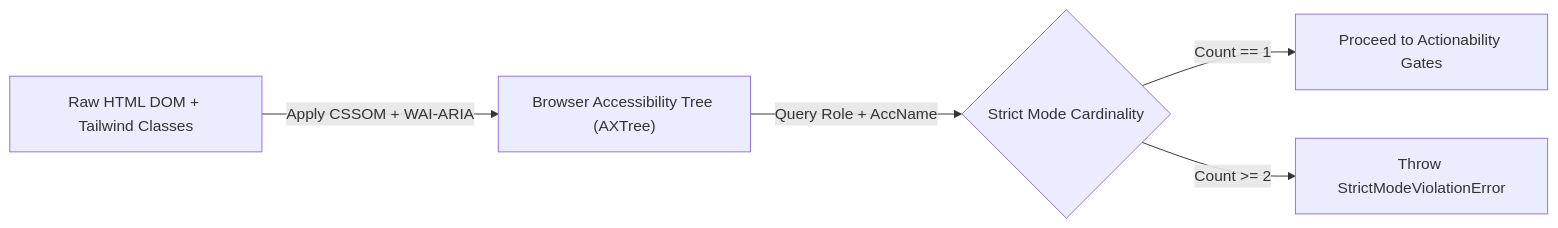
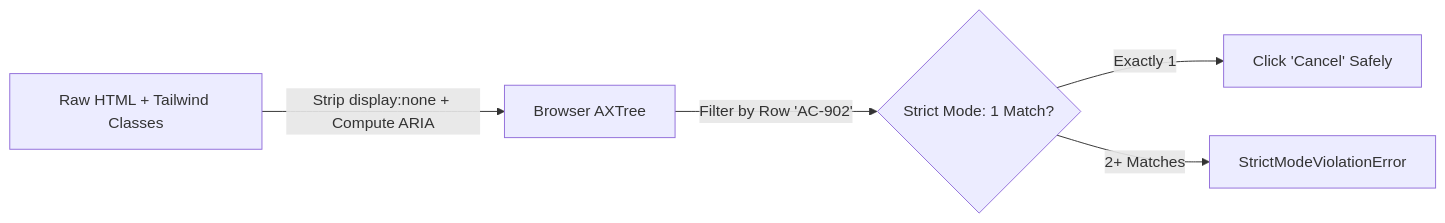
One commit to manjunathk833/codingforinterviews changed the diagram in knowledgebase/03-ui-automation-playwright/04-accessibility-tree-locators-and-strict-mode.md. Above: the diagram before and after it, drawn with Mermaid. The commit also changed other lines of this file and 55 other files, not shown here.

````diff
--- a/knowledgebase/03-ui-automation-playwright/04-accessibility-tree-locators-and-strict-mode.md
+++ b/knowledgebase/03-ui-automation-playwright/04-accessibility-tree-locators-and-strict-mode.md
@@ -73,7 +95,7 @@
 ```mermaid
 flowchart LR
-  DOM["Raw HTML DOM + Tailwind Classes"] -->|Apply CSSOM + WAI-ARIA| AX["Browser Accessibility Tree (AXTree)"]
-  AX -->|Query Role + AccName| Strict{"Strict Mode Cardinality"}
-  Strict -->|Count == 1| Act["Proceed to Actionability Gates"]
-  Strict -->|Count >= 2| Fail["Throw StrictModeViolationError"]
+  DOM["Raw HTML + Tailwind Classes"] -->|Strip display:none + Compute ARIA| AX["Browser AXTree"]
+  AX -->|Filter by Row 'AC-902'| Strict{"Strict Mode: 1 Match?"}
+  Strict -->|Exactly 1| Click["Click 'Cancel' Safely"]
+  Strict -->|2+ Matches| Err["StrictModeViolationError"]
 ```
````
